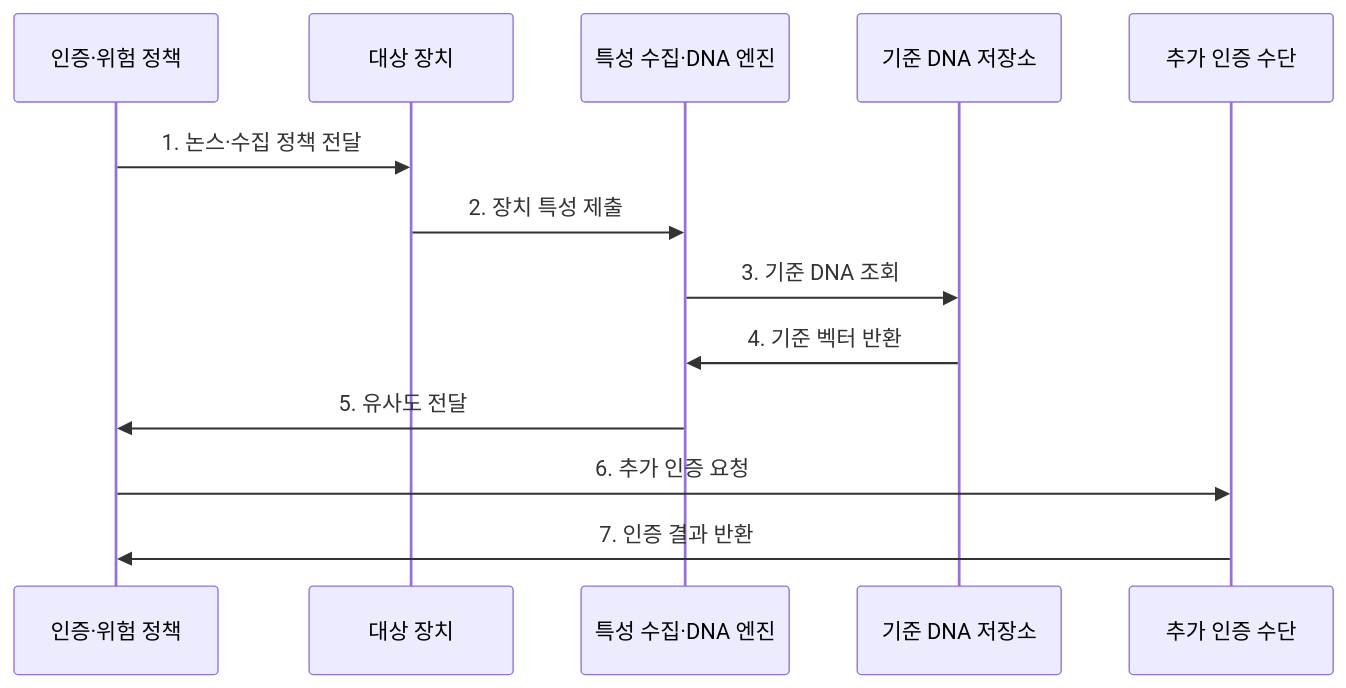
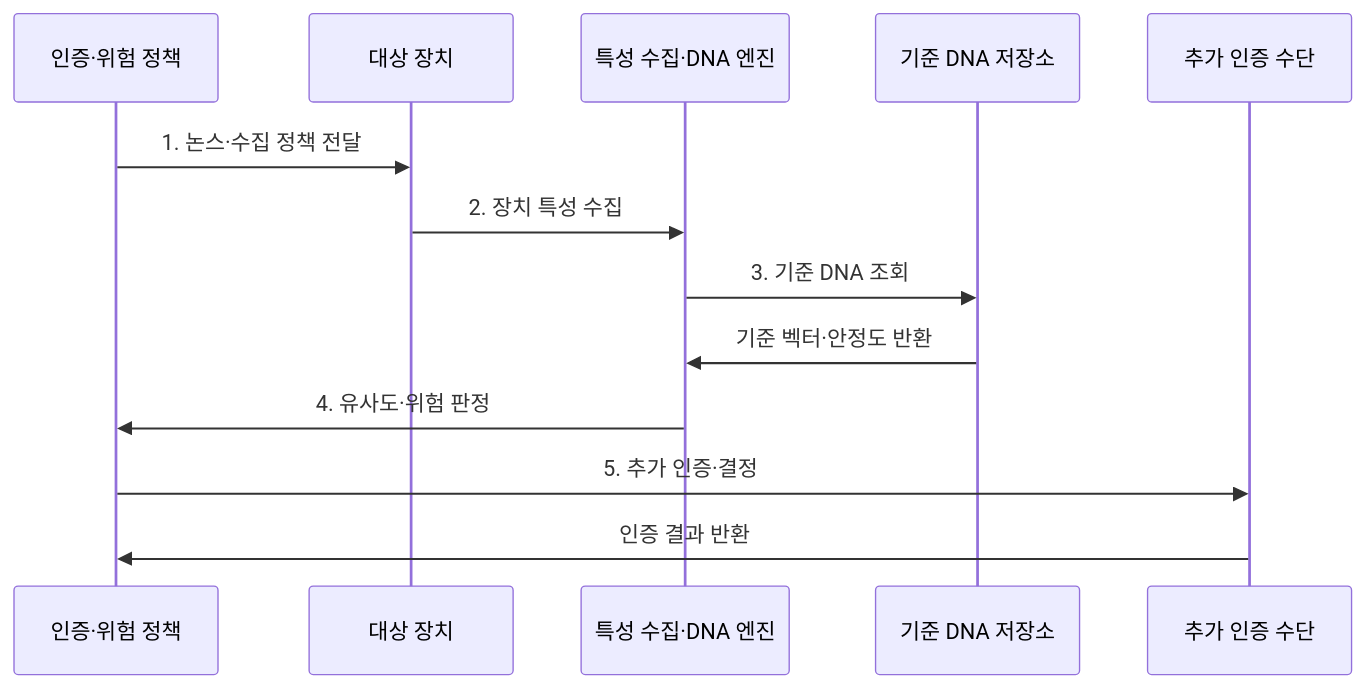
One commit to agnusdei1207/knowledge-base changed the second of 2 diagrams in src/content/docs/notes/02-hardware/071_device_dna.md. Above: the diagram before and after it, drawn with Mermaid. The commit also changed other lines of this file and 86 other files, not shown here.

````diff
--- a/src/content/docs/notes/02-hardware/071_device_dna.md
+++ b/src/content/docs/notes/02-hardware/071_device_dna.md
@@ -83,16 +83,16 @@
 ```mermaid
 sequenceDiagram
     participant A as 인증·위험 정책
     participant D as 대상 장치
     participant G as 특성 수집·DNA 엔진
     participant R as 기준 DNA 저장소
     participant M as 추가 인증 수단
 
     A->>D: 1. 논스·수집 정책 전달
-    D->>G: 2. 장치 특성 제출
+    D->>G: 2. 장치 특성 수집
     G->>R: 3. 기준 DNA 조회
-    R->>G: 4. 기준 벡터 반환
-    G->>A: 5. 유사도 전달
-    A->>M: 6. 추가 인증 요청
-    M->>A: 7. 인증 결과 반환
+    R->>G: 기준 벡터·안정도 반환
+    G->>A: 4. 유사도·위험 판정
+    A->>M: 5. 추가 인증·결정
+    M->>A: 인증 결과 반환
 ```
````
